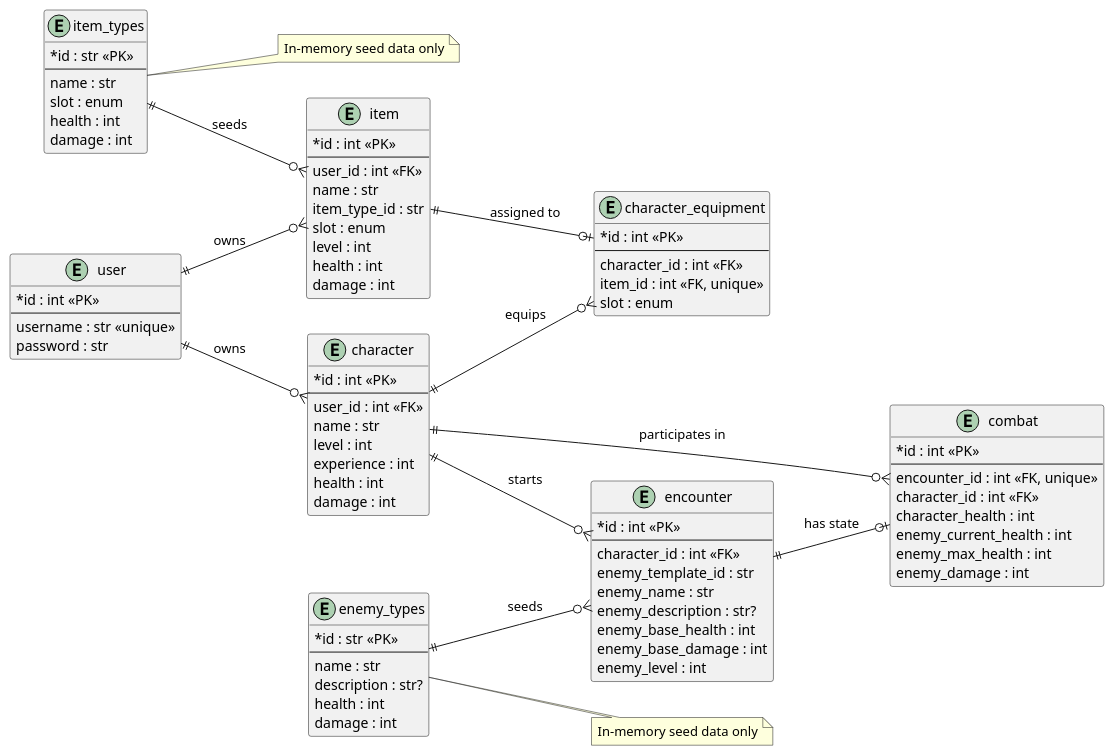
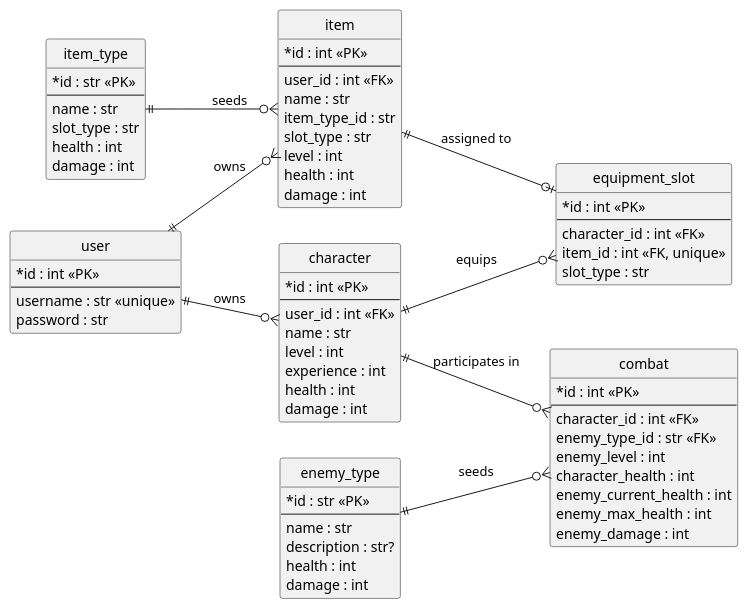
One commit to cyborgwalrus/dungeons-and-databases changed the diagram in docs/database-schema.puml. Above: the diagram before and after it, drawn with PlantUML. The commit also changed 13 other files, not shown here.

Commit message:
refactored item slot enum into slot_type: str

```diff
--- a/docs/database-schema.puml
+++ b/docs/database-schema.puml
@@ -1,106 +1,86 @@
-@startuml
+@startuml database-schema
 left to right direction
 skinparam shadowing false
 skinparam classAttributeIconSize 0
 
 hide methods
 hide stereotypes
+hide circle
 
-entity "item_types" as item_types {
+entity "item_type" as item_type {
   *id : str <<PK>>
   --
   name : str
-  slot : enum
+  slot_type : str
   health : int
   damage : int
 }
 
-note right of item_types
-  In-memory seed data only
-end note
-
-entity "enemy_types" as enemy_types {
+entity "enemy_type" as enemy_type {
   *id : str <<PK>>
   --
   name : str
   description : str?
   health : int
   damage : int
 }
-
-note right of enemy_types
-  In-memory seed data only
-end note
 
 entity "user" as user {
   *id : int <<PK>>
   --
   username : str <<unique>>
   password : str
 }
 
 entity "character" as character {
   *id : int <<PK>>
   --
   user_id : int <<FK>>
   name : str
   level : int
   experience : int
   health : int
   damage : int
 }
 
 entity "item" as item {
   *id : int <<PK>>
   --
   user_id : int <<FK>>
   name : str
   item_type_id : str
-  slot : enum
+  slot_type : str
   level : int
   health : int
   damage : int
 }
 
-entity "character_equipment" as character_equipment {
+entity "equipment_slot" as equipment_slot {
   *id : int <<PK>>
   --
   character_id : int <<FK>>
   item_id : int <<FK, unique>>
-  slot : enum
-}
-
-entity "encounter" as encounter {
-  *id : int <<PK>>
-  --
-  character_id : int <<FK>>
-  enemy_template_id : str
-  enemy_name : str
-  enemy_description : str?
-  enemy_base_health : int
-  enemy_base_damage : int
-  enemy_level : int
+  slot_type : str
 }
 
 entity "combat" as combat {
   *id : int <<PK>>
   --
-  encounter_id : int <<FK, unique>>
   character_id : int <<FK>>
+  enemy_type_id : str <<FK>>
+  enemy_level : int
   character_health : int
   enemy_current_health : int
   enemy_max_health : int
   enemy_damage : int
 }
 
 user ||--o{ character : owns
 user ||--o{ item : owns
-item_types ||--o{ item : seeds
-character ||--o{ character_equipment : equips
-item ||--o| character_equipment : assigned to
-enemy_types ||--o{ encounter : seeds
-character ||--o{ encounter : starts
-encounter ||--o| combat : has state
+item_type ||--o{ item : seeds
+character ||--o{ equipment_slot : equips
+item ||--o| equipment_slot : assigned to
+enemy_type ||--o{ combat : seeds
 character ||--o{ combat : participates in
 
 @enduml
```
